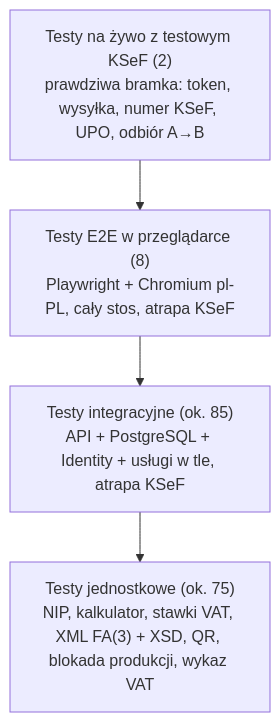
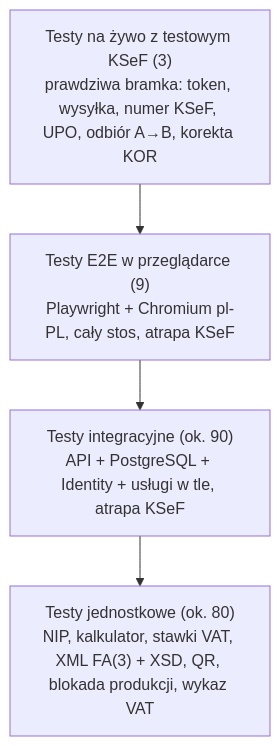
Before and after one commit to Kacper-Murawski/Fakturowanie-KSeF: the diagram in docs/testy.md, drawn with Mermaid. The commit also changed other lines of this file and 39 other files, not shown here.

````diff
--- a/docs/testy.md
+++ b/docs/testy.md
@@ -9,8 +9,8 @@
 ```mermaid
 flowchart TB
-    L["Testy na żywo z testowym KSeF (2)<br/>prawdziwa bramka: token, wysyłka, numer KSeF, UPO, odbiór A→B"]
-    E["Testy E2E w przeglądarce (8)<br/>Playwright + Chromium pl-PL, cały stos, atrapa KSeF"]
-    I["Testy integracyjne (ok. 85)<br/>API + PostgreSQL + Identity + usługi w tle, atrapa KSeF"]
-    U["Testy jednostkowe (ok. 75)<br/>NIP, kalkulator, stawki VAT, XML FA(3) + XSD, QR, blokada produkcji, wykaz VAT"]
+    L["Testy na żywo z testowym KSeF (3)<br/>prawdziwa bramka: token, wysyłka, numer KSeF, UPO, odbiór A→B, korekta KOR"]
+    E["Testy E2E w przeglądarce (9)<br/>Playwright + Chromium pl-PL, cały stos, atrapa KSeF"]
+    I["Testy integracyjne (ok. 90)<br/>API + PostgreSQL + Identity + usługi w tle, atrapa KSeF"]
+    U["Testy jednostkowe (ok. 80)<br/>NIP, kalkulator, stawki VAT, XML FA(3) + XSD, QR, blokada produkcji, wykaz VAT"]
     L --> E --> I --> U
 ```
````
